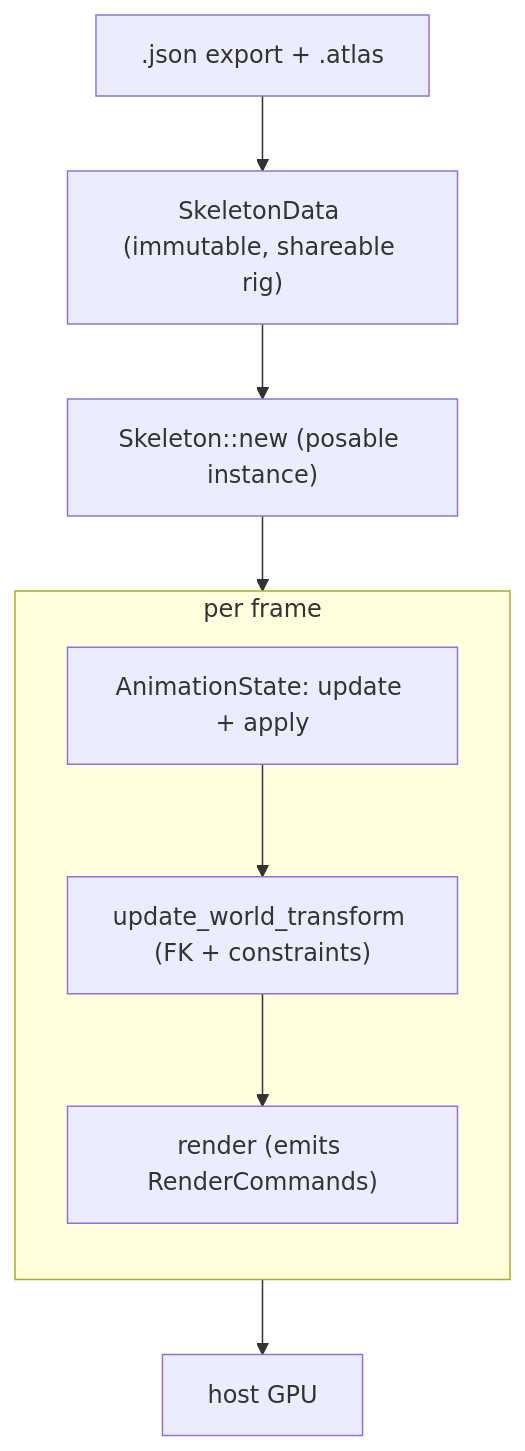
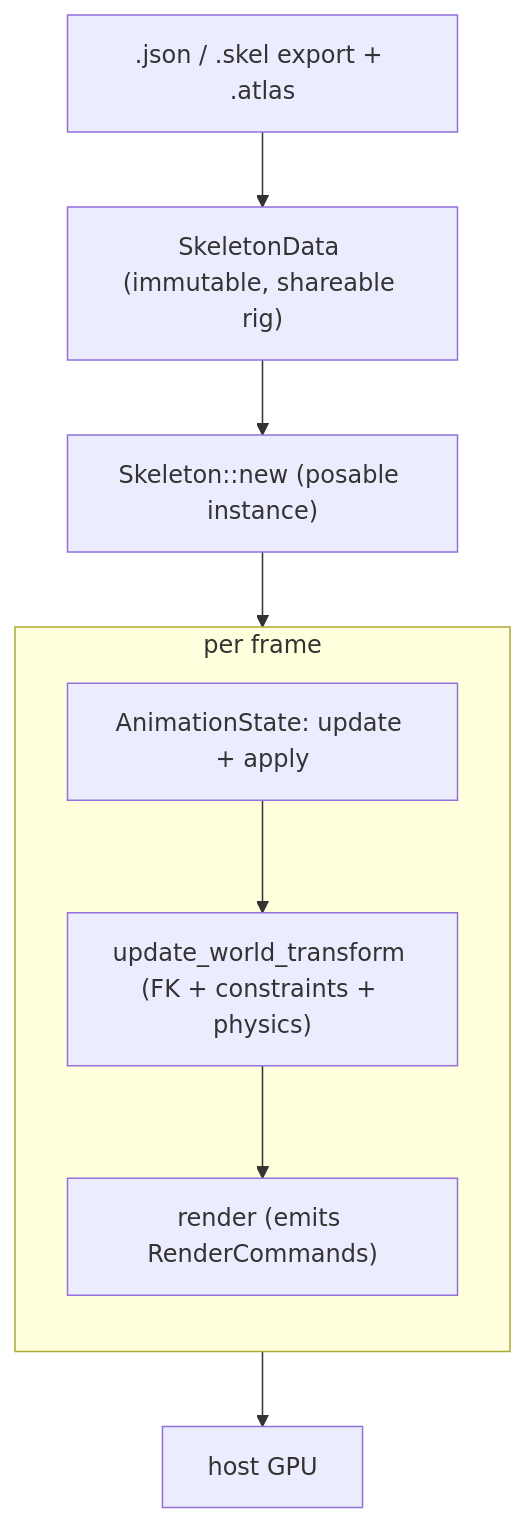
One commit to Oneiriq/chine changed the diagram in README.md. Above: the diagram before and after it, drawn with Mermaid. The commit also changed other lines of this file and 8 other files, not shown here.

````diff
--- a/README.md
+++ b/README.md
@@ -25,14 +29,14 @@
 ```mermaid
 flowchart TD
-    load[".json export + .atlas"] --> data["SkeletonData (immutable, shareable rig)"]
+    load[".json / .skel export + .atlas"] --> data["SkeletonData (immutable, shareable rig)"]
     data --> skel["Skeleton::new (posable instance)"]
     skel --> anim
     subgraph perframe ["per frame"]
         direction TB
         anim["AnimationState: update + apply"]
-        world["update_world_transform (FK + constraints)"]
+        world["update_world_transform (FK + constraints + physics)"]
         draw["render (emits RenderCommands)"]
         anim --> world --> draw
     end
     draw --> gpu["host GPU"]
 ```
````
